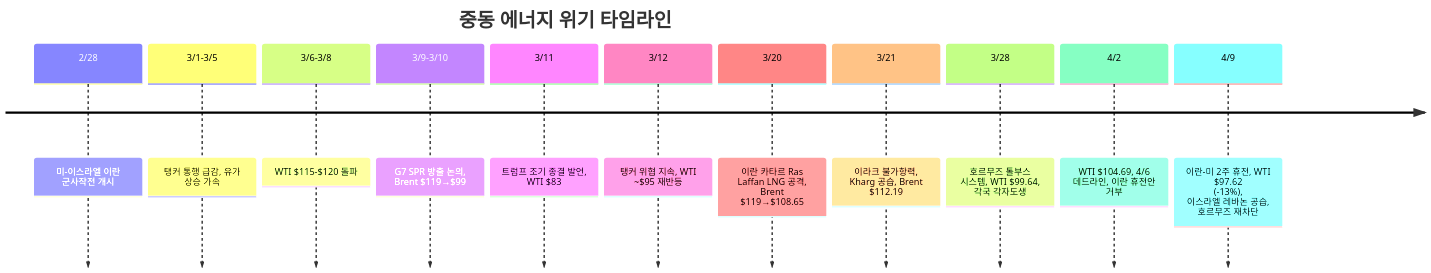
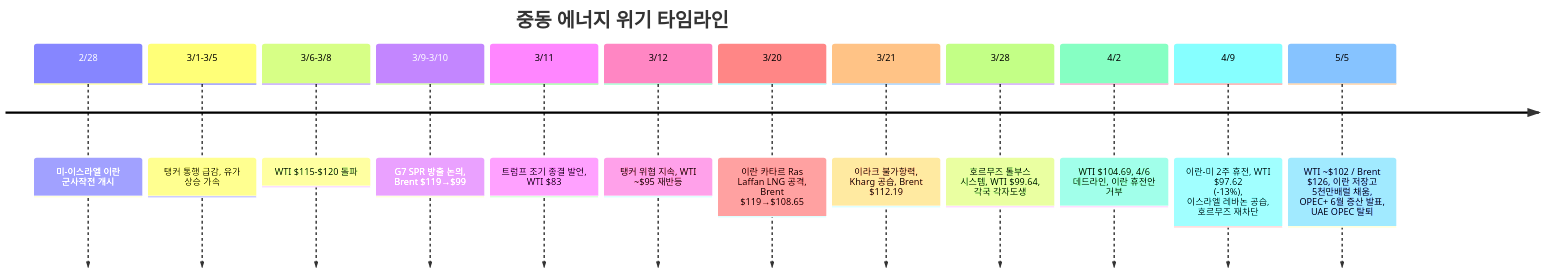
One commit to dss99911/dss99911.github.io changed the second of 11 diagrams in _posts/knowledge/invest/2026-03-07-energy-sector-outlook-2026.md. Above: the diagram before and after it, drawn with Mermaid. The commit also changed other lines of this file and 2 other files, not shown here.

````diff
--- a/_posts/knowledge/invest/2026-03-07-energy-sector-outlook-2026.md
+++ b/_posts/knowledge/invest/2026-03-07-energy-sector-outlook-2026.md
@@ -138,15 +123,16 @@
 ```mermaid
 timeline
     title 중동 에너지 위기 타임라인
     2/28 : 미-이스라엘 이란 군사작전 개시
     3/1-3/5 : 탱커 통행 급감, 유가 상승 가속
     3/6-3/8 : WTI $115-$120 돌파
     3/9-3/10 : G7 SPR 방출 논의, Brent $119→$99
     3/11 : 트럼프 조기 종결 발언, WTI $83
     3/12 : 탱커 위협 지속, WTI ~$95 재반등
     3/20 : 이란 카타르 Ras Laffan LNG 공격, Brent $119→$108.65
     3/21 : 이라크 불가항력, Kharg 공습, Brent $112.19
     3/28 : 호르무즈 톨부스 시스템, WTI $99.64, 각국 각자도생
     4/2 : WTI $104.69, 4/6 데드라인, 이란 휴전안 거부
     4/9 : 이란-미 2주 휴전, WTI $97.62 #40;-13%#41;, 이스라엘 레바논 공습, 호르무즈 재차단
+    5/5 : WTI ~$102 / Brent $126, 이란 저장고 5천만배럴 채움, OPEC+ 6월 증산 발표, UAE OPEC 탈퇴
 ```
````
